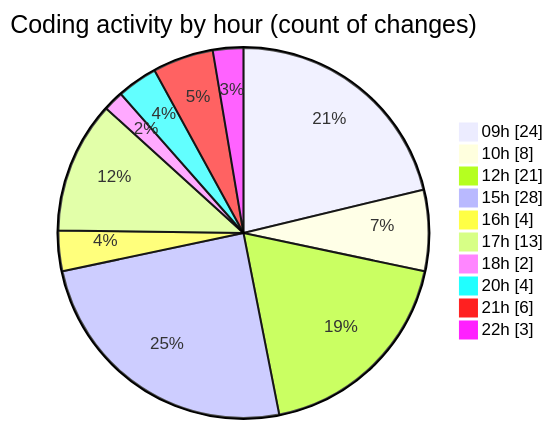
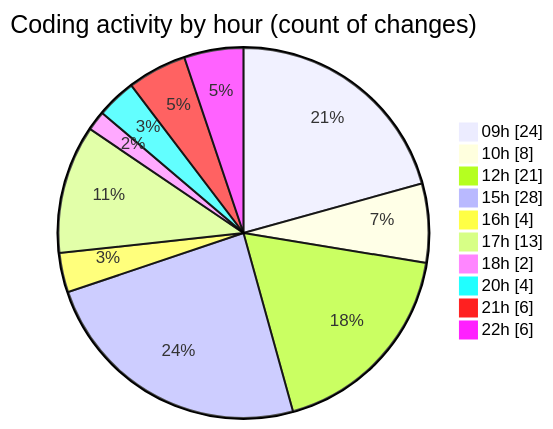
Before and after one commit to lephambinh05/code-tracking: the second of 2 diagrams in 2025-08-18/rentotp/README.md, drawn with Mermaid. The commit also changed other lines of this file and 1 other file, not shown here.

````diff
--- a/2025-08-18/rentotp/README.md
+++ b/2025-08-18/rentotp/README.md
@@ -65,14 +68,14 @@
 ```mermaid
 pie showData
 title Coding activity by hour (count of changes)
 "09h" : 24
 "10h" : 8
 "12h" : 21
 "15h" : 28
 "16h" : 4
 "17h" : 13
 "18h" : 2
 "20h" : 4
 "21h" : 6
-"22h" : 3
+"22h" : 6
 ```
````
